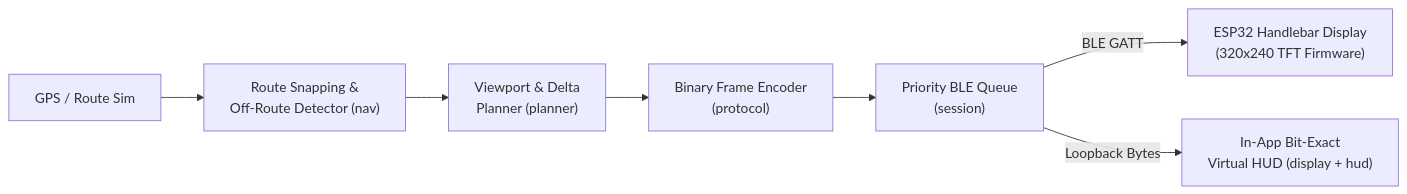
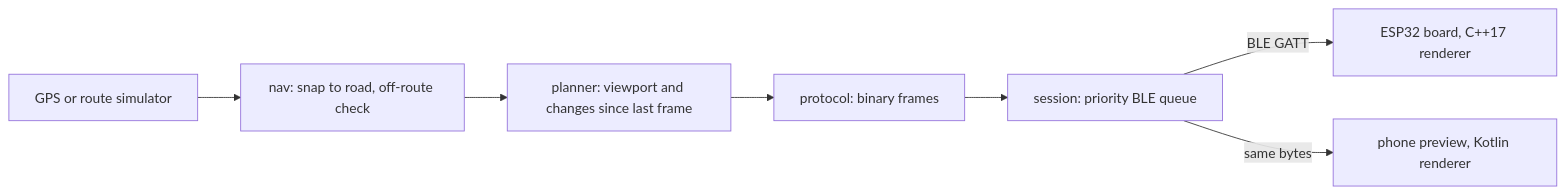
The diagram in README.md (Tthanh2k6/moto-nav), drawn with Mermaid before and after one commit. The commit also changed other lines of this file and 3 other files, not shown here.

````diff
--- a/README.md
+++ b/README.md
@@ -21,9 +11,9 @@
 ```mermaid
 flowchart LR
-    GPS["GPS / Route Sim"] --> Nav["Route Snapping &\nOff-Route Detector (nav)"]
-    Nav --> Planner["Viewport & Delta\nPlanner (planner)"]
-    Planner --> Proto["Binary Frame Encoder\n(protocol)"]
-    Proto --> Queue["Priority BLE Queue\n(session)"]
-    Queue -->|"BLE GATT"| ESP32["ESP32 Handlebar Display\n(320x240 TFT Firmware)"]
-    Queue -->|"Loopback Bytes"| VHUD["In-App Bit-Exact\nVirtual HUD (display + hud)"]
+    GPS["GPS or route simulator"] --> Nav["nav: snap to road, off-route check"]
+    Nav --> Planner["planner: viewport and changes since last frame"]
+    Planner --> Proto["protocol: binary frames"]
+    Proto --> Queue["session: priority BLE queue"]
+    Queue -->|BLE GATT| ESP32["ESP32 board, C++17 renderer"]
+    Queue -->|same bytes| Preview["phone preview, Kotlin renderer"]
 ```
````
